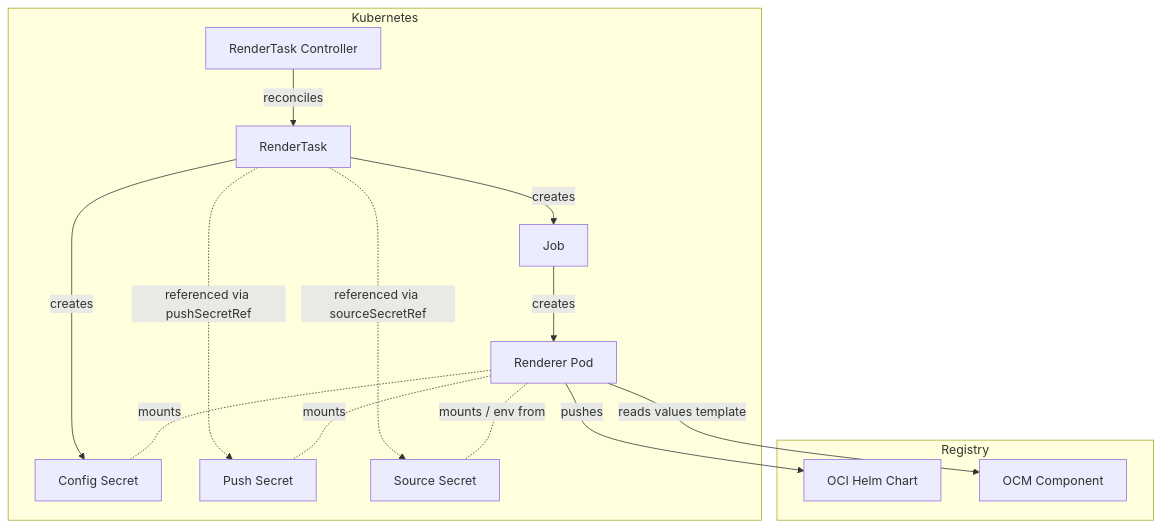
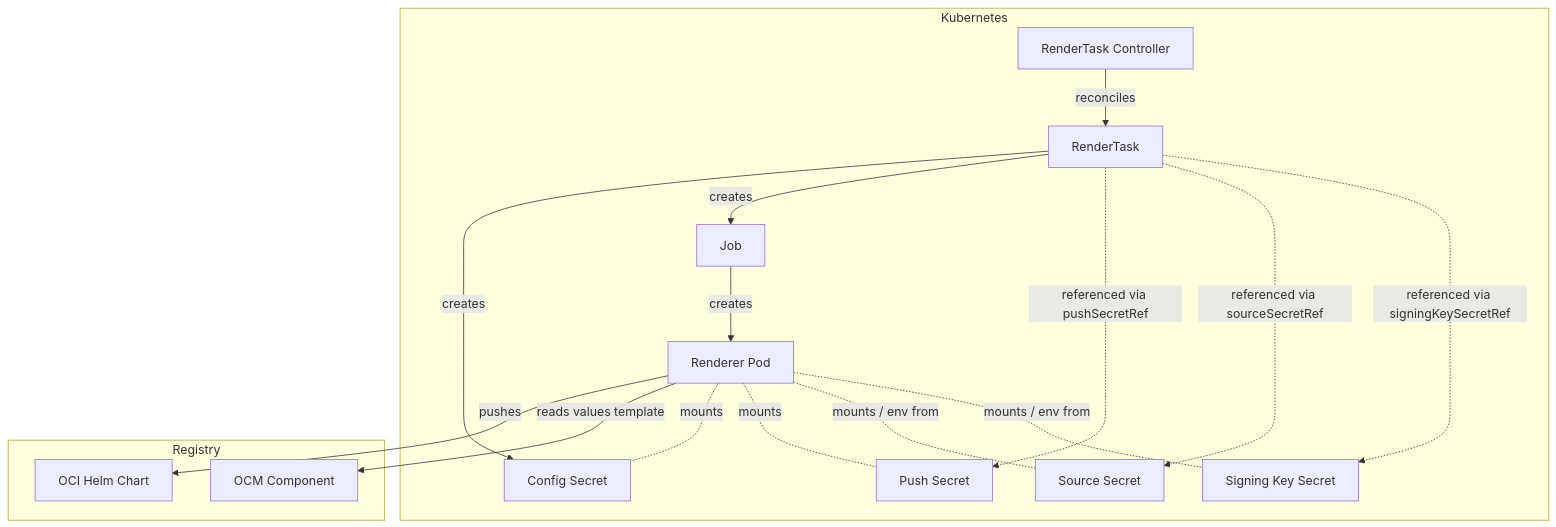
One commit to opendefensecloud/solution-arsenal changed the first of 3 diagrams in docs/developer-guide/rendertask_controller.md. Above: the diagram before and after it, drawn with Mermaid. The commit also changed other lines of this file and 1 other file, not shown here.

Commit message:
docs: describe the signing key condition and job wiring

````diff
--- a/docs/developer-guide/rendertask_controller.md
+++ b/docs/developer-guide/rendertask_controller.md
@@ -13,31 +13,34 @@
 ```mermaid
 flowchart TD
     subgraph Kubernetes
         Ctrl[RenderTask Controller]
         RT[RenderTask]
         J[Job]
         J -->|creates| Renderer[Renderer Pod]
         CS[Config Secret]
         PS[Push Secret]
         SS[Source Secret]
+        KS[Signing Key Secret]
     end
 
     subgraph Registry
         Chart[OCI Helm Chart]
         Comp[OCM Component]
     end
 
     Ctrl -->|reconciles| RT
 
     RT -->|creates| CS
     RT -->|creates| J
     RT -.->|referenced via pushSecretRef| PS
     RT -.->|referenced via sourceSecretRef| SS
+    RT -.->|referenced via signingKeySecretRef| KS
 
     Renderer -->|pushes| Chart
     Renderer -->|reads values template| Comp
 
     Renderer -.-|mounts| CS
     Renderer -.-|mounts| PS
     Renderer -.-|mounts / env from| SS
+    Renderer -.-|mounts / env from| KS
 ```
````
